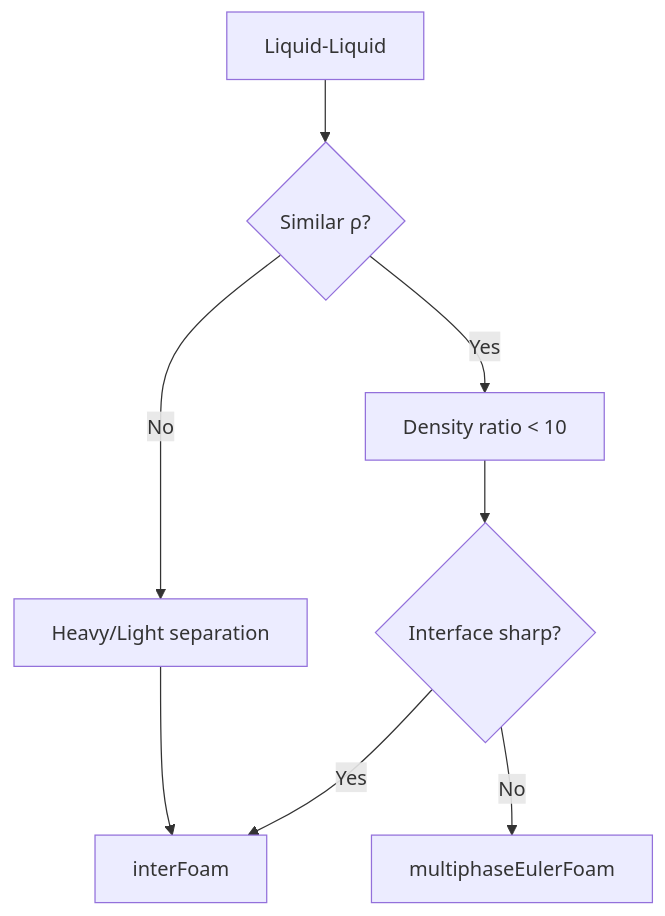
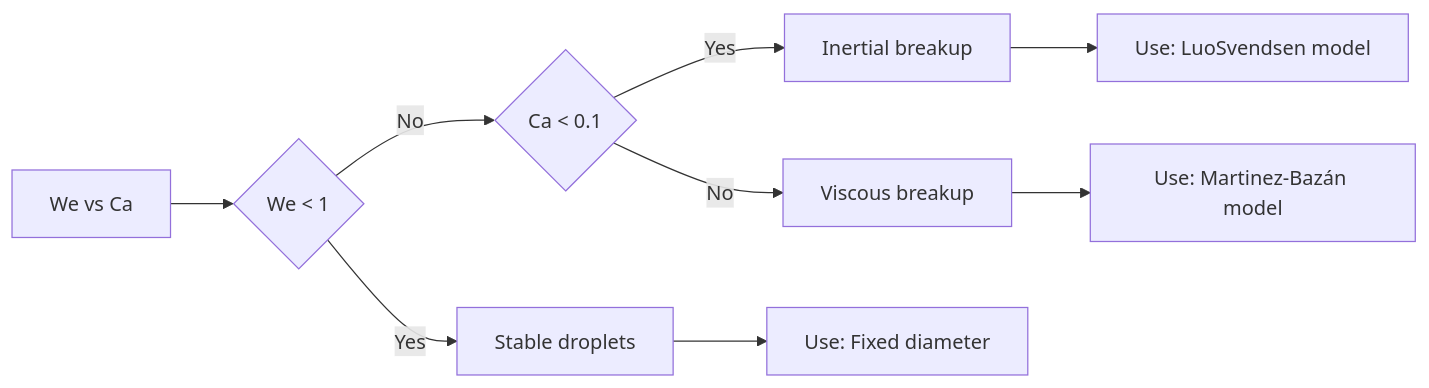
One commit to wramet/build-my-cfd changed the second of 3 diagrams in MODULE_04_MULTIPHASE_FUNDAMENTALS/CONTENT/05_MODEL_SELECTION/03_Liquid_Liquid_Systems.md. Above: the diagram before and after it, drawn with Mermaid. The commit also changed other lines of this file and 75 other files, not shown here.

````diff
--- a/MODULE_04_MULTIPHASE_FUNDAMENTALS/CONTENT/05_MODEL_SELECTION/03_Liquid_Liquid_Systems.md
+++ b/MODULE_04_MULTIPHASE_FUNDAMENTALS/CONTENT/05_MODEL_SELECTION/03_Liquid_Liquid_Systems.md
@@ -9,10 +124,12 @@
 ```mermaid
-flowchart TD
-    A[Liquid-Liquid] --> B{Similar ρ?}
-    B -->|Yes| C[Density ratio < 10]
-    B -->|No| D[Heavy/Light separation]
-    C --> E{Interface sharp?}
-    E -->|Yes| F[interFoam]
-    E -->|No| G[multiphaseEulerFoam]
-    D --> F
+flowchart LR
+    A[We vs Ca] --> B{We < 1}
+    B -->|Yes| C[Stable droplets]
+    B -->|No| D{Ca < 0.1}
+    D -->|Yes| E[Inertial breakup]
+    D -->|No| F[Viscous breakup]
+    
+    C --> G[Use: Fixed diameter]
+    E --> H[Use: LuoSvendsen model]
+    F --> I[Use: Martinez-Bazán model]
 ```
````
